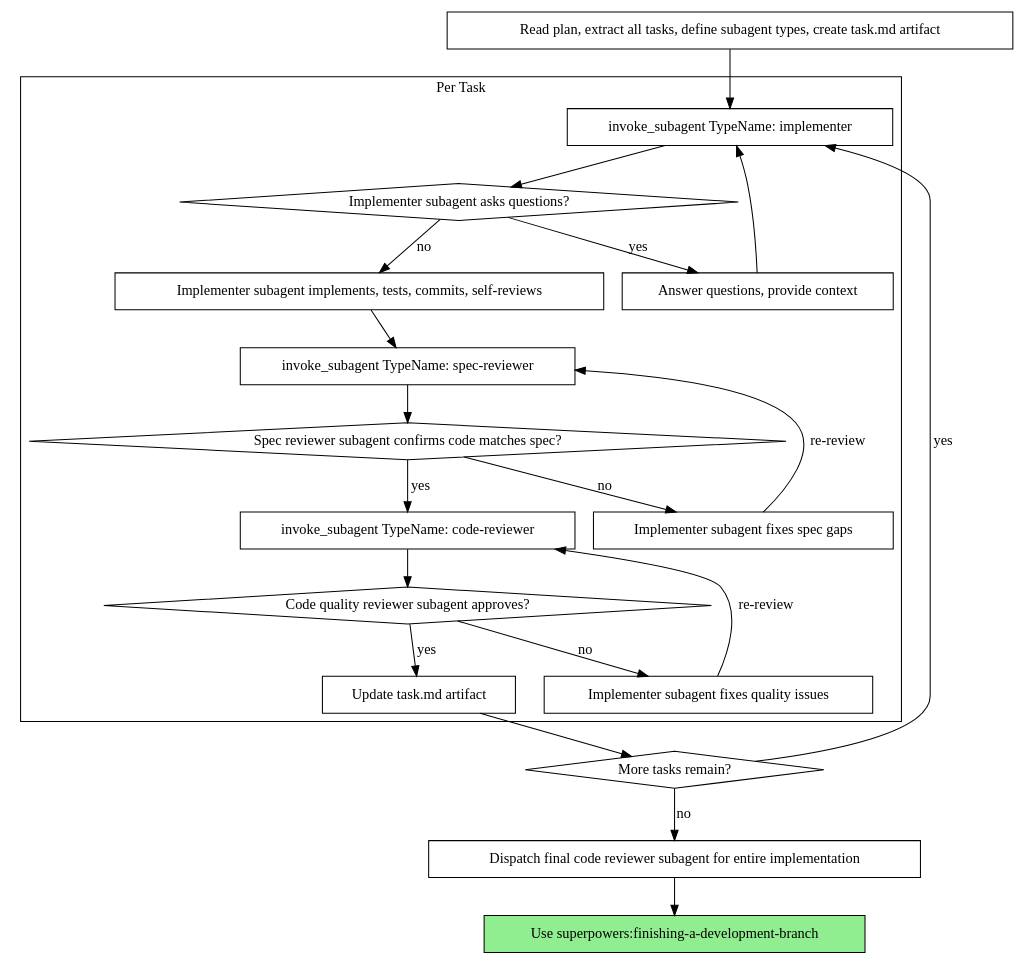
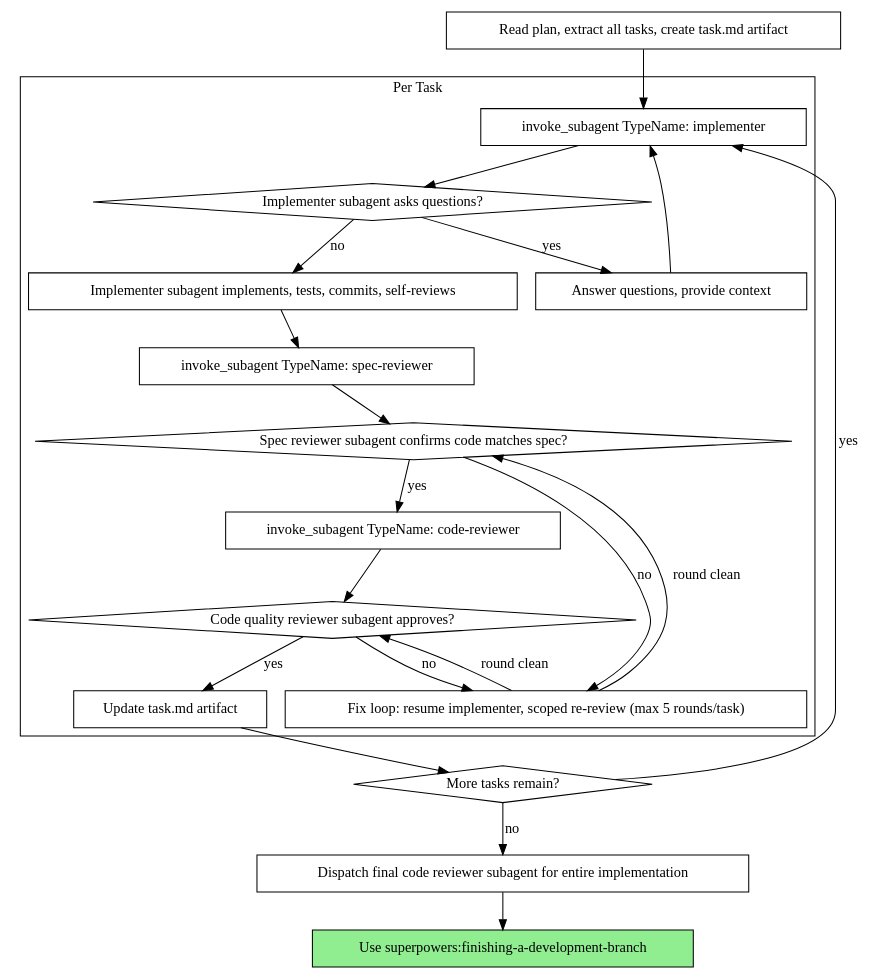
One commit to erukolya/superpowers-antigravity changed the second of 4 diagrams in skills/subagent-driven-development/SKILL.md. Above: the diagram before and after it, drawn with Graphviz. The commit also changed other lines of this file, not shown here.

````diff
--- a/skills/subagent-driven-development/SKILL.md
+++ b/skills/subagent-driven-development/SKILL.md
@@ -34,44 +36,43 @@
 ```dot
 digraph process {
     rankdir=TB;
 
     subgraph cluster_per_task {
         label="Per Task";
         "invoke_subagent TypeName: implementer" [shape=box];
         "Implementer subagent asks questions?" [shape=diamond];
         "Answer questions, provide context" [shape=box];
         "Implementer subagent implements, tests, commits, self-reviews" [shape=box];
         "invoke_subagent TypeName: spec-reviewer" [shape=box];
         "Spec reviewer subagent confirms code matches spec?" [shape=diamond];
-        "Implementer subagent fixes spec gaps" [shape=box];
         "invoke_subagent TypeName: code-reviewer" [shape=box];
         "Code quality reviewer subagent approves?" [shape=diamond];
-        "Implementer subagent fixes quality issues" [shape=box];
+        "Fix loop: resume implementer, scoped re-review (max 5 rounds/task)" [shape=box];
         "Update task.md artifact" [shape=box];
     }
 
-    "Read plan, extract all tasks, define subagent types, create task.md artifact" [shape=box];
+    "Read plan, extract all tasks, create task.md artifact" [shape=box];
     "More tasks remain?" [shape=diamond];
     "Dispatch final code reviewer subagent for entire implementation" [shape=box];
     "Use superpowers:finishing-a-development-branch" [shape=box style=filled fillcolor=lightgreen];
 
-    "Read plan, extract all tasks, define subagent types, create task.md artifact" -> "invoke_subagent TypeName: implementer";
+    "Read plan, extract all tasks, create task.md artifact" -> "invoke_subagent TypeName: implementer";
     "invoke_subagent TypeName: implementer" -> "Implementer subagent asks questions?";
     "Implementer subagent asks questions?" -> "Answer questions, provide context" [label="yes"];
     "Answer questions, provide context" -> "invoke_subagent TypeName: implementer";
     "Implementer subagent asks questions?" -> "Implementer subagent implements, tests, commits, self-reviews" [label="no"];
     "Implementer subagent implements, tests, commits, self-reviews" -> "invoke_subagent TypeName: spec-reviewer";
     "invoke_subagent TypeName: spec-reviewer" -> "Spec reviewer subagent confirms code matches spec?";
-    "Spec reviewer subagent confirms code matches spec?" -> "Implementer subagent fixes spec gaps" [label="no"];
-    "Implementer subagent fixes spec gaps" -> "invoke_subagent TypeName: spec-reviewer" [label="re-review"];
+    "Spec reviewer subagent confirms code matches spec?" -> "Fix loop: resume implementer, scoped re-review (max 5 rounds/task)" [label="no"];
+    "Fix loop: resume implementer, scoped re-review (max 5 rounds/task)" -> "Spec reviewer subagent confirms code matches spec?" [label="round clean"];
     "Spec reviewer subagent confirms code matches spec?" -> "invoke_subagent TypeName: code-reviewer" [label="yes"];
     "invoke_subagent TypeName: code-reviewer" -> "Code quality reviewer subagent approves?";
-    "Code quality reviewer subagent approves?" -> "Implementer subagent fixes quality issues" [label="no"];
-    "Implementer subagent fixes quality issues" -> "invoke_subagent TypeName: code-reviewer" [label="re-review"];
+    "Code quality reviewer subagent approves?" -> "Fix loop: resume implementer, scoped re-review (max 5 rounds/task)" [label="no"];
+    "Fix loop: resume implementer, scoped re-review (max 5 rounds/task)" -> "Code quality reviewer subagent approves?" [label="round clean"];
     "Code quality reviewer subagent approves?" -> "Update task.md artifact" [label="yes"];
     "Update task.md artifact" -> "More tasks remain?";
     "More tasks remain?" -> "invoke_subagent TypeName: implementer" [label="yes"];
     "More tasks remain?" -> "Dispatch final code reviewer subagent for entire implementation" [label="no"];
     "Dispatch final code reviewer subagent for entire implementation" -> "Use superpowers:finishing-a-development-branch";
 }
 ```
````
